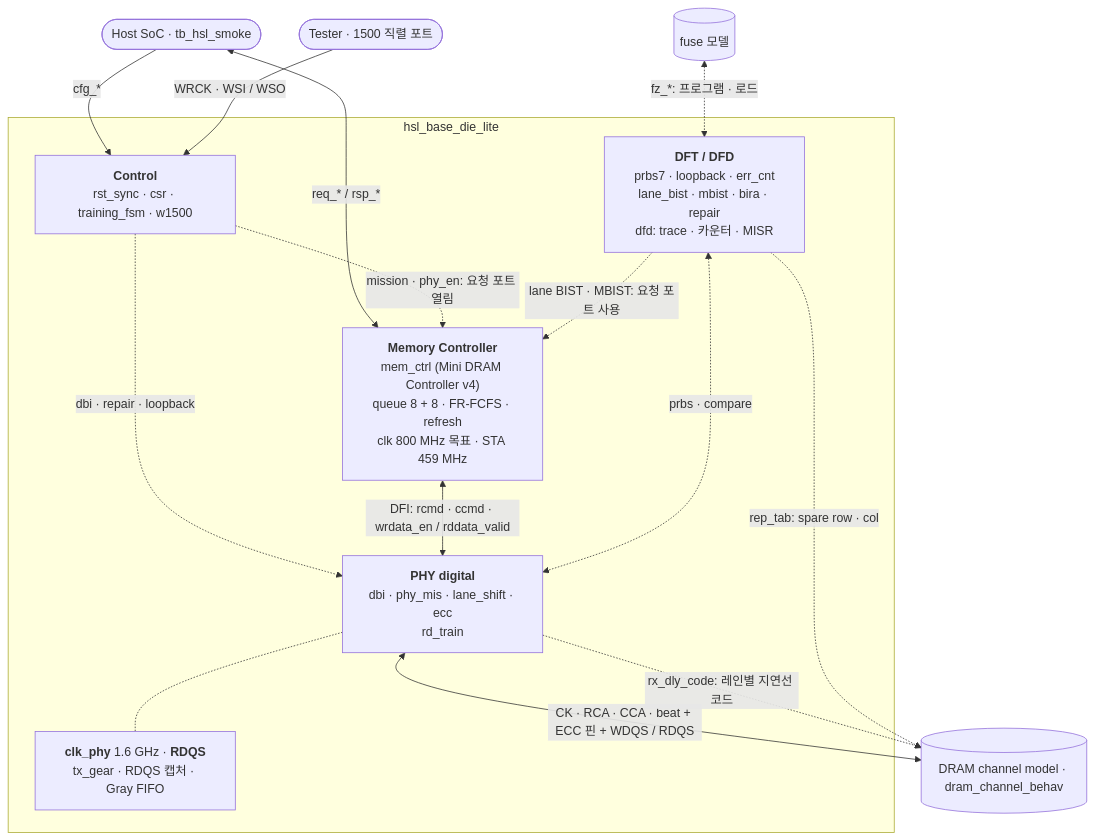
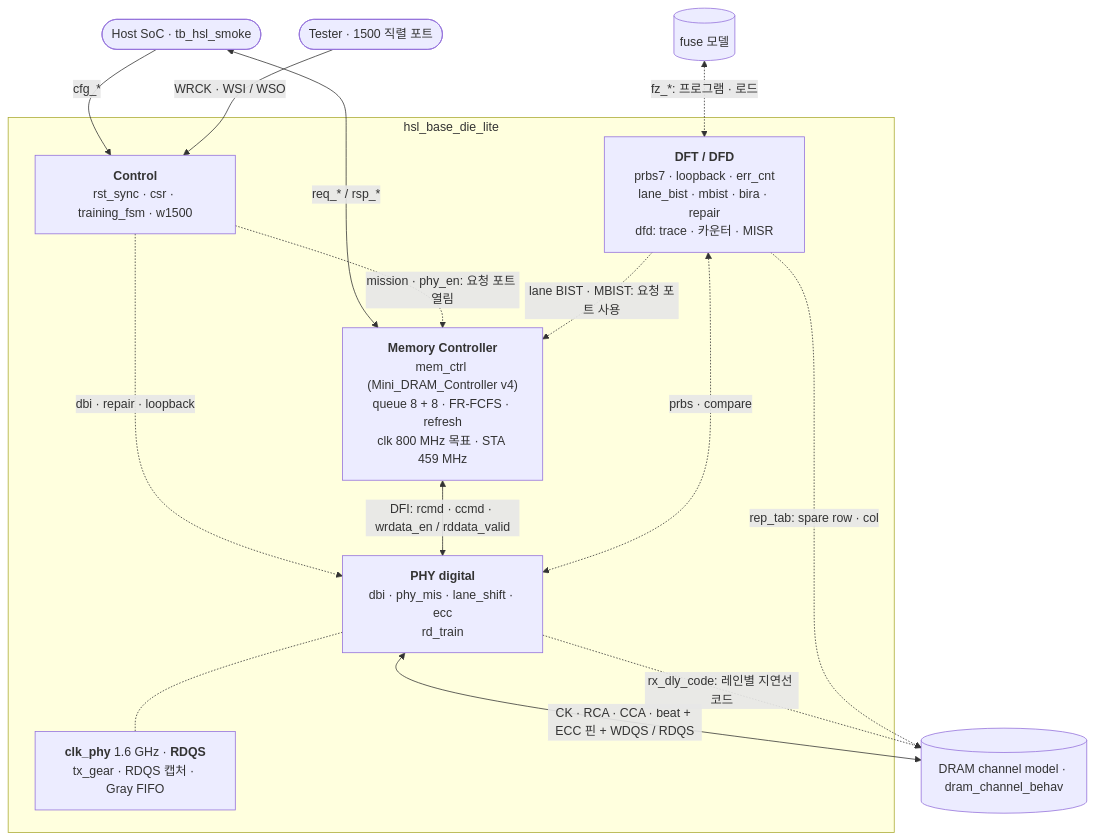
The diagram in README.md (yhkwon-git/High_Speed_Link_Lite), drawn with Mermaid before and after one commit. The commit also changed other lines of this file and 14 other files, not shown here.

````diff
--- a/README.md
+++ b/README.md
@@ -54,26 +54,26 @@
 ```mermaid
 flowchart TB
   HOST(["Host SoC · tb_hsl_smoke"])
   ATE(["Tester · 1500 직렬 포트"])
   subgraph TOP["hsl_base_die_lite"]
     CTRL["<b>Control</b><br/>rst_sync · csr · training_fsm · w1500"]
-    MC["<b>Memory Controller</b><br/>mem_ctrl (Mini DRAM Controller v4)<br/>queue 8 + 8 · FR-FCFS · refresh<br/>clk 800 MHz 목표 · STA 459 MHz"]
+    MC["<b>Memory Controller</b><br/>mem_ctrl (Mini_DRAM_Controller v4)<br/>queue 8 + 8 · FR-FCFS · refresh<br/>clk 800 MHz 목표 · STA 459 MHz"]
     PHY["<b>PHY digital</b><br/>dbi · phy_mis · lane_shift · ecc<br/>rd_train"]
     DFT["<b>DFT / DFD</b><br/>prbs7 · loopback · err_cnt<br/>lane_bist · mbist · bira · repair<br/>dfd: trace · 카운터 · MISR"]
     CDC["<b>clk_phy</b> 1.6 GHz · <b>RDQS</b><br/>tx_gear · RDQS 캡처 · Gray FIFO"]
   end
   DRAM[("DRAM channel model · dram_channel_behav")]
   HOST -->|"cfg_*"| CTRL
   ATE -->|"WRCK · WSI / WSO"| CTRL
   HOST <-->|"req_* / rsp_*"| MC
   CTRL -.->|"mission · phy_en: 요청 포트 열림"| MC
   CTRL -.->|"dbi · repair · loopback"| PHY
   MC <-->|"DFI: rcmd · ccmd · wrdata_en / rddata_valid"| PHY
   DFT <-.->|"prbs · compare"| PHY
   DFT -.->|"lane BIST · MBIST: 요청 포트 사용"| MC
   PHY -.- CDC
   PHY <-->|"CK · RCA · CCA · beat + ECC 핀 + WDQS / RDQS"| DRAM
   PHY -.->|"rx_dly_code: 레인별 지연선 코드"| DRAM
   DFT -.->|"rep_tab: spare row · col"| DRAM
   FUSE[("fuse 모델")] <-.->|"fz_*: 프로그램 · 로드"| DFT
 ```
````
